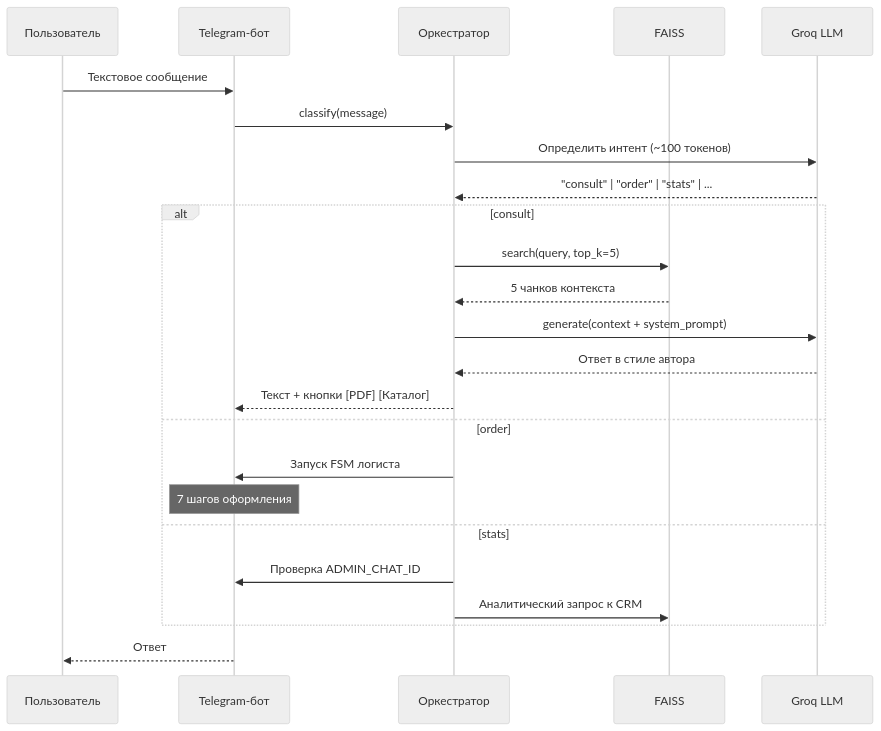
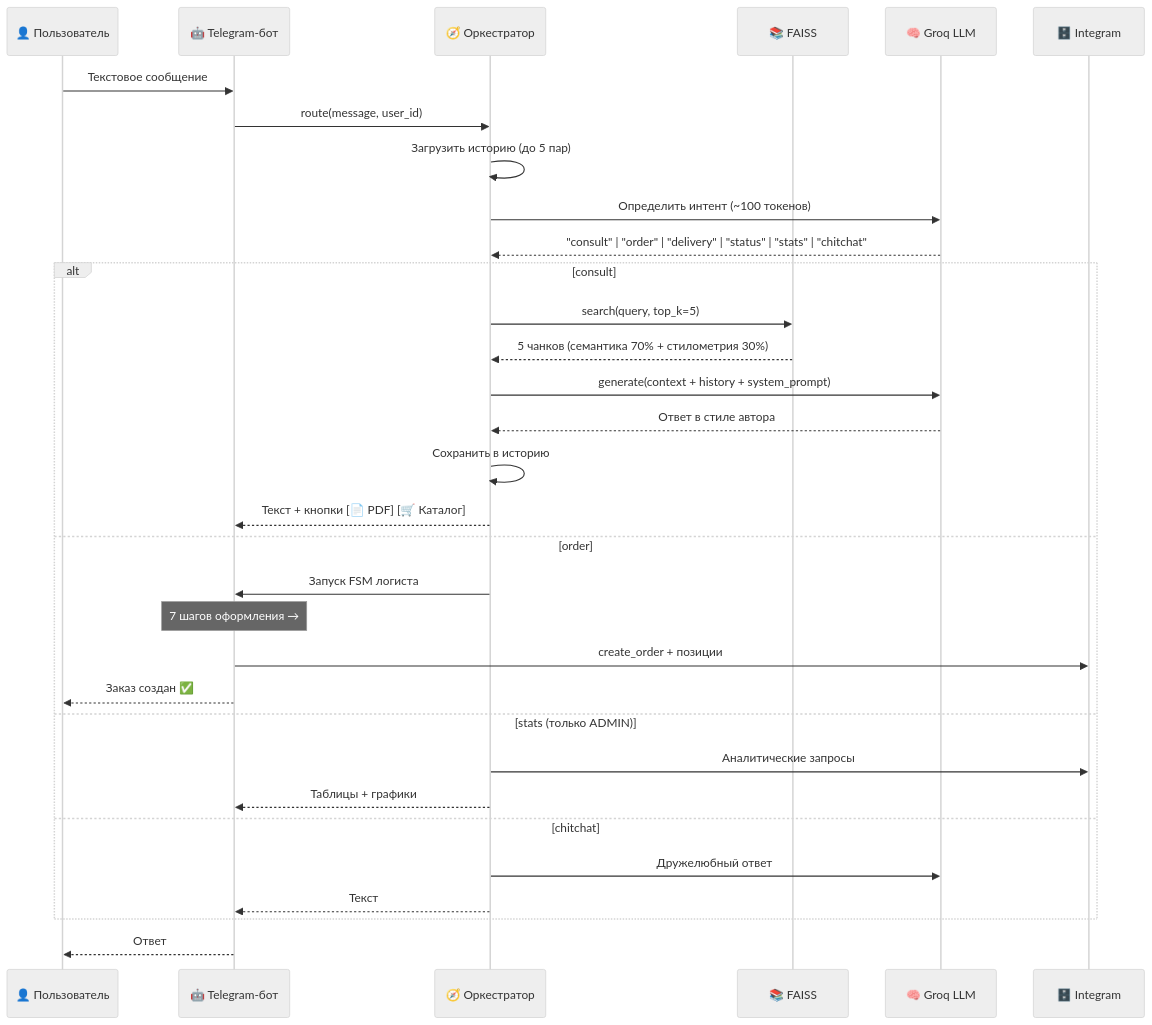
The second of 12 diagrams in docs/architecture.md (unidel2035/BEEBOT), drawn with Mermaid (neutral theme) before and after one commit. The commit also changed other lines of this file and 14 other files, not shown here.

````diff
--- a/docs/architecture.md
+++ b/docs/architecture.md
@@ -58,29 +66,37 @@
 ```mermaid
 sequenceDiagram
-    participant U as Пользователь
-    participant B as Telegram-бот
-    participant O as Оркестратор
-    participant KB as FAISS
-    participant LLM as Groq LLM
+    participant U as 👤 Пользователь
+    participant B as 🤖 Telegram-бот
+    participant O as 🧭 Оркестратор
+    participant KB as 📚 FAISS
+    participant LLM as 🧠 Groq LLM
+    participant CRM as 🗄️ Integram
 
     U->>B: Текстовое сообщение
-    B->>O: classify(message)
+    B->>O: route(message, user_id)
+    O->>O: Загрузить историю (до 5 пар)
     O->>LLM: Определить интент (~100 токенов)
-    LLM-->>O: "consult" | "order" | "stats" | ...
+    LLM-->>O: "consult" | "order" | "delivery" | "status" | "stats" | "chitchat"
 
     alt consult
         O->>KB: search(query, top_k=5)
-        KB-->>O: 5 чанков контекста
-        O->>LLM: generate(context + system_prompt)
+        KB-->>O: 5 чанков (семантика 70% + стилометрия 30%)
+        O->>LLM: generate(context + history + system_prompt)
         LLM-->>O: Ответ в стиле автора
-        O-->>B: Текст + кнопки [PDF] [Каталог]
+        O->>O: Сохранить в историю
+        O-->>B: Текст + кнопки [📄 PDF] [🛒 Каталог]
     else order
         O->>B: Запуск FSM логиста
-        Note over B: 7 шагов оформления
-    else stats
-        O->>B: Проверка ADMIN_CHAT_ID
-        O->>KB: Аналитический запрос к CRM
+        Note over B: 7 шагов оформления →
+        B->>CRM: create_order + позиции
+        B-->>U: Заказ создан ✅
+    else stats (только ADMIN)
+        O->>CRM: Аналитические запросы
+        O-->>B: Таблицы + графики
+    else chitchat
+        O->>LLM: Дружелюбный ответ
+        O-->>B: Текст
     end
 
     B-->>U: Ответ
 ```
````
